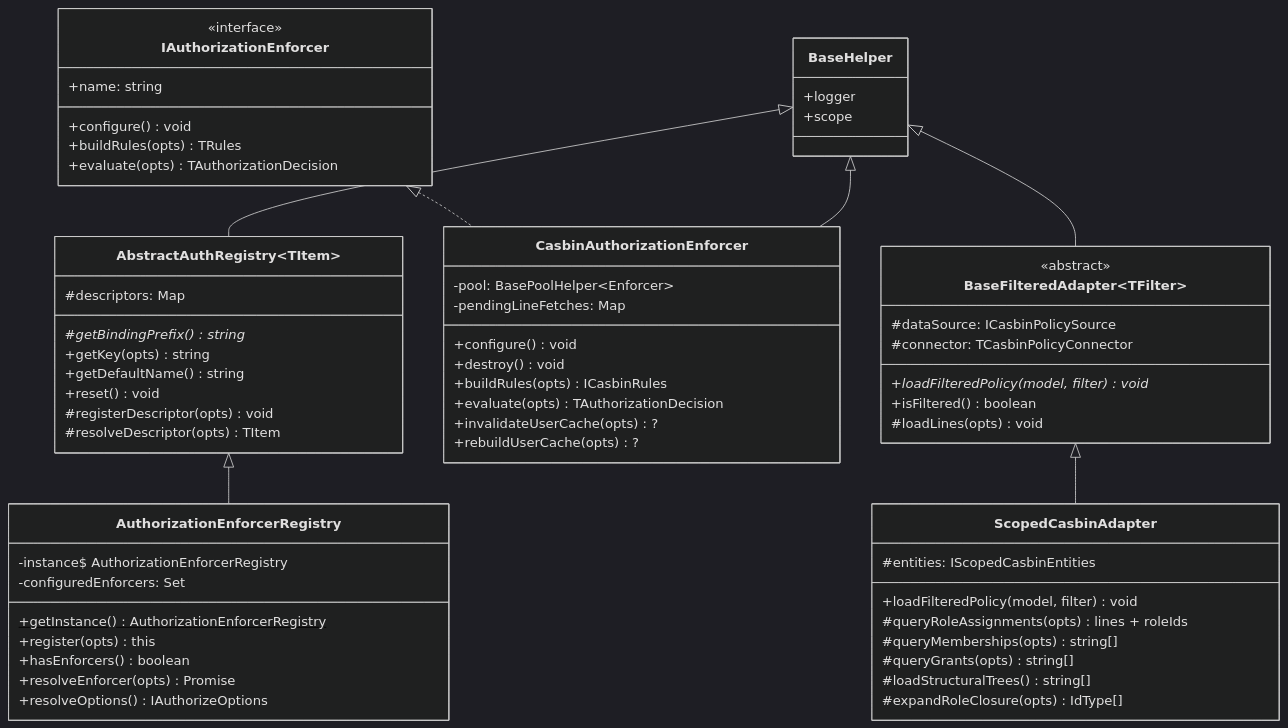
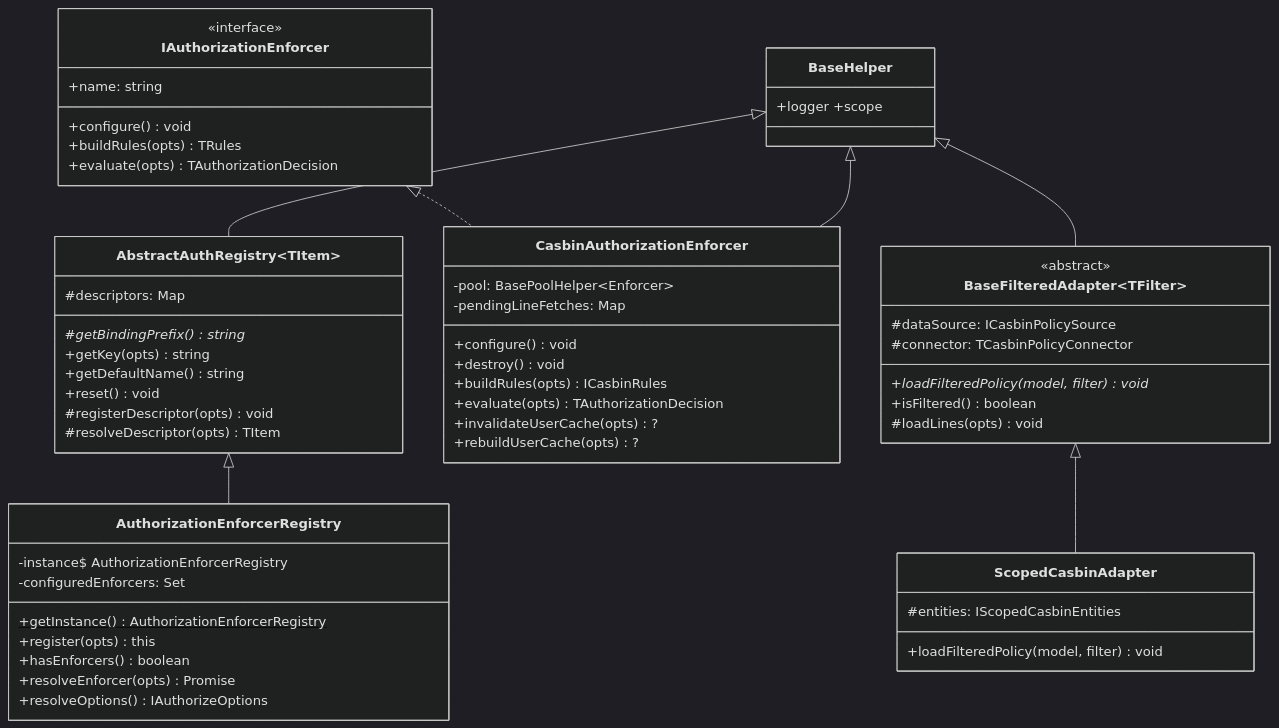
The third of 3 diagrams in docs/wiki/content/extensions/components/authorization/api.md (VENIZIA-AI/ignis), drawn with Mermaid (dark theme) before and after one commit. The commit also changed other lines of this file and 233 other files, not shown here.

````diff
--- a/docs/wiki/content/extensions/components/authorization/api.md
+++ b/docs/wiki/content/extensions/components/authorization/api.md
@@ -74,72 +138,57 @@
 ```mermaid
 classDiagram
-    class BaseHelper {
-        +logger
-        +scope
-    }
-
+    class BaseHelper { +logger +scope }
     class AbstractAuthRegistry~TItem~ {
         #descriptors: Map
         #getBindingPrefix()* string
         +getKey(opts) string
         +getDefaultName() string
         +reset() void
         #registerDescriptor(opts) void
         #resolveDescriptor(opts) TItem
     }
-
     class AuthorizationEnforcerRegistry {
         -instance$ AuthorizationEnforcerRegistry
         -configuredEnforcers: Set
         +getInstance()$ AuthorizationEnforcerRegistry
         +register(opts) this
         +hasEnforcers() boolean
         +resolveEnforcer(opts) Promise
         +resolveOptions() IAuthorizeOptions
     }
-
     class IAuthorizationEnforcer {
         <<interface>>
         +name: string
         +configure() void
         +buildRules(opts) TRules
         +evaluate(opts) TAuthorizationDecision
     }
-
     class CasbinAuthorizationEnforcer {
         -pool: BasePoolHelper~Enforcer~
         -pendingLineFetches: Map
         +configure() void
         +destroy() void
         +buildRules(opts) ICasbinRules
         +evaluate(opts) TAuthorizationDecision
-        +invalidateUserCache(opts)? 
+        +invalidateUserCache(opts)?
         +rebuildUserCache(opts)?
     }
-
     class BaseFilteredAdapter~TFilter~ {
         <<abstract>>
         #dataSource: ICasbinPolicySource
         #connector: TCasbinPolicyConnector
         +loadFilteredPolicy(model, filter)* void
         +isFiltered() boolean
         #loadLines(opts) void
     }
-
     class ScopedCasbinAdapter {
         #entities: IScopedCasbinEntities
         +loadFilteredPolicy(model, filter) void
-        #queryRoleAssignments(opts) lines + roleIds
-        #queryMemberships(opts) string[]
-        #queryGrants(opts) string[]
-        #loadStructuralTrees() string[]
-        #expandRoleClosure(opts) IdType[]
     }
-
     BaseHelper <|-- AbstractAuthRegistry
     AbstractAuthRegistry <|-- AuthorizationEnforcerRegistry
     IAuthorizationEnforcer <|.. CasbinAuthorizationEnforcer
     BaseHelper <|-- CasbinAuthorizationEnforcer
     BaseHelper <|-- BaseFilteredAdapter
     BaseFilteredAdapter <|-- ScopedCasbinAdapter
 ```
````
